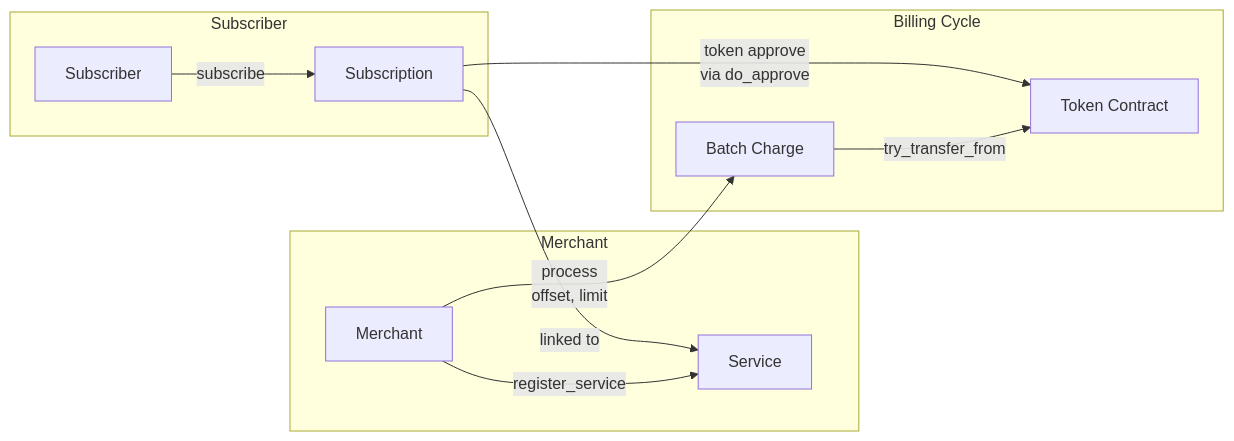
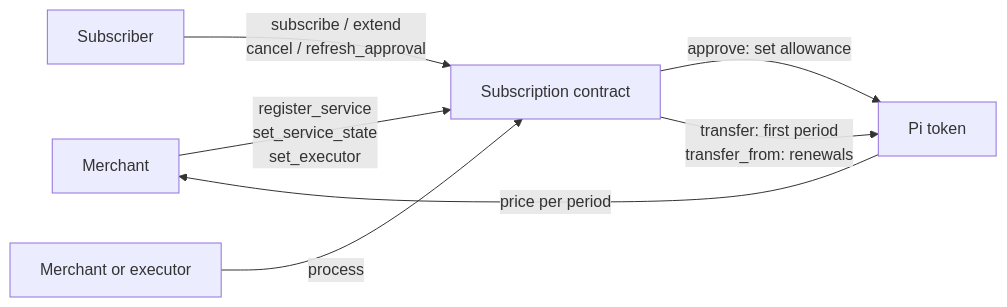
One commit to PiNetwork/PiRC changed the first of 4 diagrams in PiRC2/2-overview.md. Above: the diagram before and after it, drawn with Mermaid. The commit also changed other lines of this file and 10 other files, not shown here.

First line of the commit message:
PiRC2: rewrite for the subscription contract revamp

````diff
--- a/PiRC2/2-overview.md
+++ b/PiRC2/2-overview.md
@@ -5,18 +5,9 @@
 ```mermaid
 flowchart LR
-  subgraph A["Merchant"]
-    M[Merchant] -->|register_service| S[Service]
-  end
-
-  subgraph B["Subscriber"]
-    Sub[Subscriber] -->|subscribe| Subscription
-  end
-
-  subgraph C["Billing Cycle"]
-    M -->|process\noffset, limit| Charge[Batch Charge]
-    Charge -->|try_transfer_from| Token[Token Contract]
-  end
-
-  Subscription -->|linked to| S
-  Subscription -->|token approve\nvia do_approve| Token
+  M[Merchant] -->|register_service<br/>set_service_state<br/>set_executor| C[Subscription contract]
+  S[Subscriber] -->|subscribe / extend<br/>cancel / refresh_approval| C
+  E[Merchant or executor] -->|process| C
+  C -->|approve: set allowance| T[Pi token]
+  C -->|transfer: first period<br/>transfer_from: renewals| T
+  T -->|price per period| M
 ```
````
